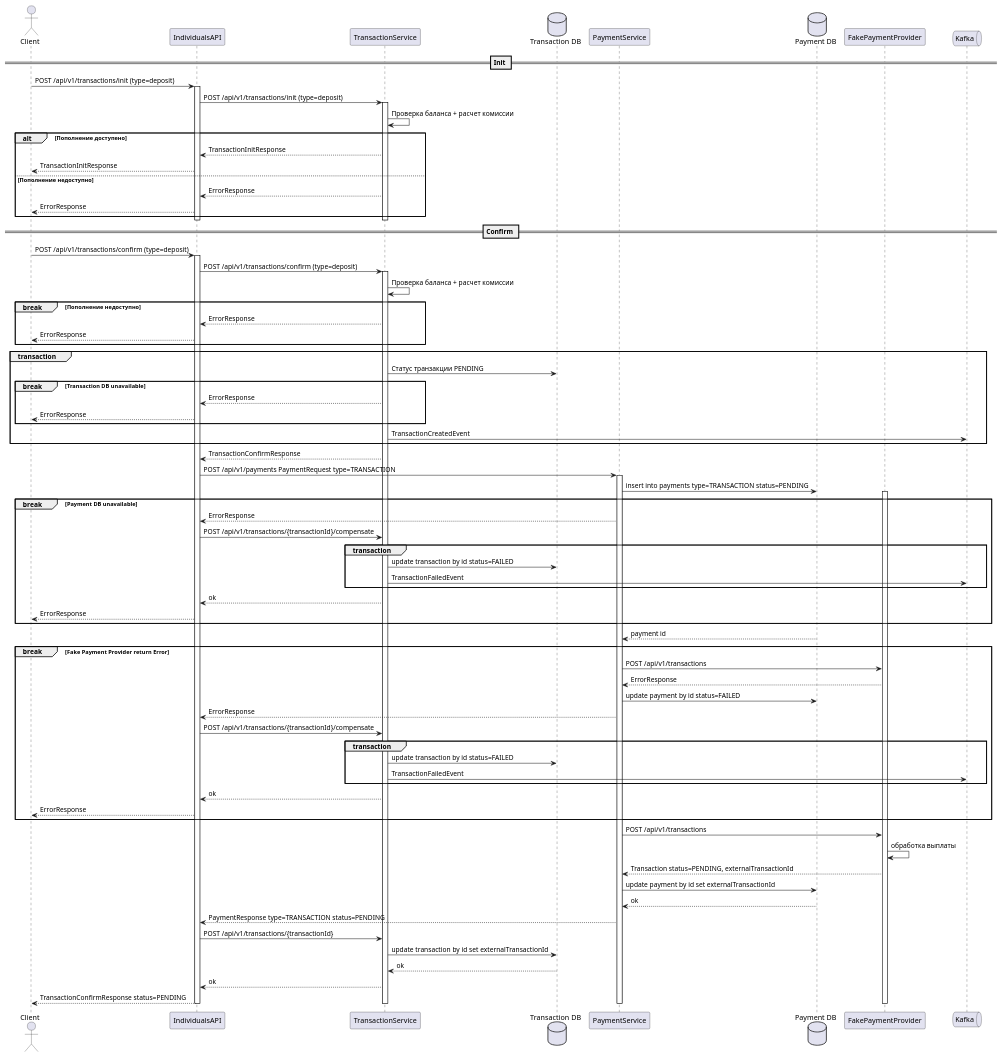
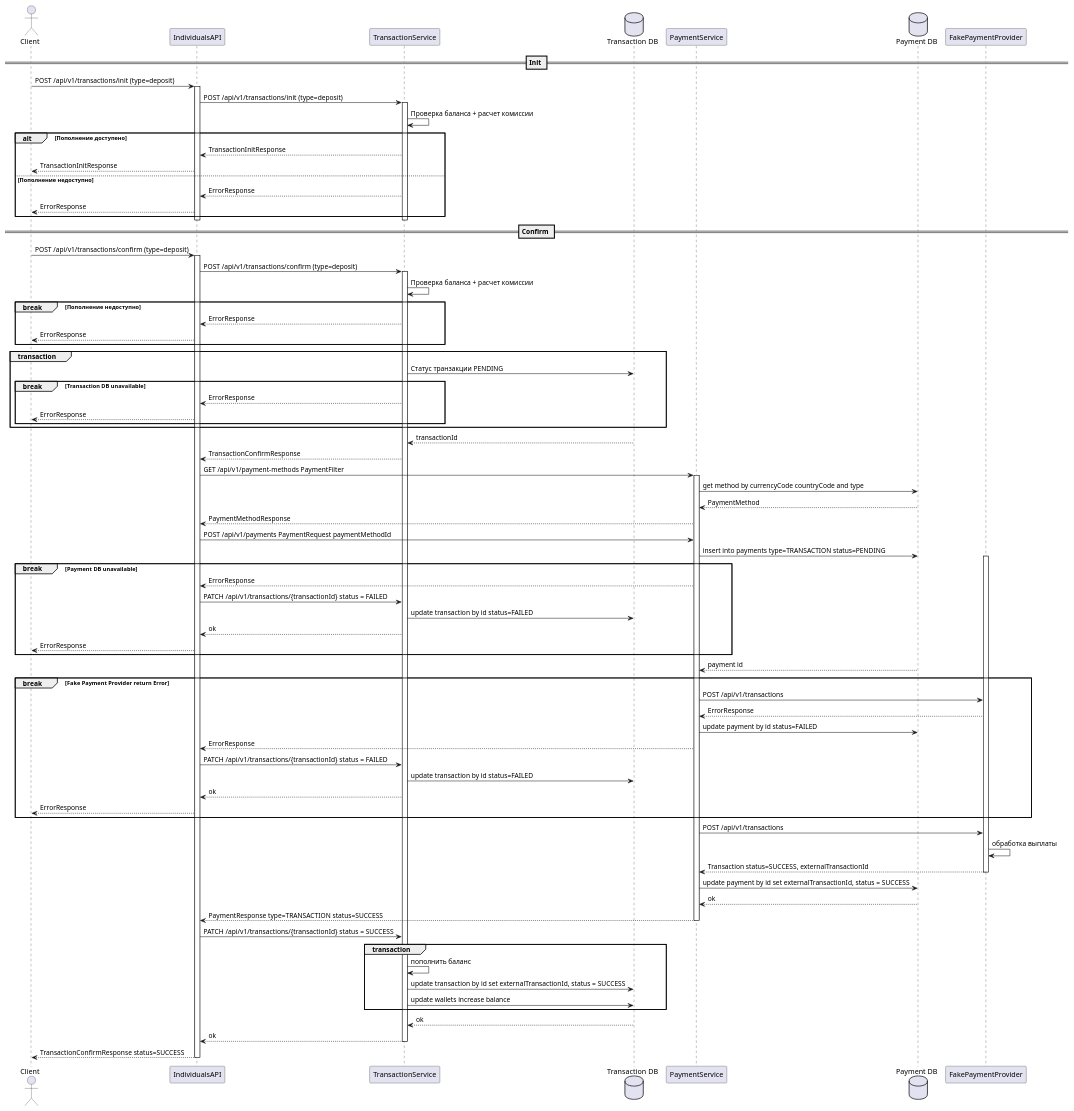
One commit to diamam90/payment-system changed the diagram in diagram/deposit.puml. Above: the diagram before and after it, drawn with PlantUML. The commit also changed 22 other files, not shown here.

Commit message:
Поправил диаграммы и удалил взаимодействие с кафкой

```diff
--- a/diagram/deposit.puml
+++ b/diagram/deposit.puml
@@ -1,96 +1,93 @@
 @startuml
 actor Client
 participant IndividualsAPI
 participant TransactionService
 database tsDb as "Transaction DB"
 participant PaymentService
 database psDb as "Payment DB"
 participant fpp as "FakePaymentProvider"
-
-queue Kafka
 
 == Init ==
 
 Client -> IndividualsAPI: POST /api/v1/transactions/init (type=deposit)
 activate IndividualsAPI
     IndividualsAPI -> TransactionService: POST /api/v1/transactions/init (type=deposit)
     activate TransactionService
         TransactionService -> TransactionService: Проверка баланса + расчет комиссии
         alt Пополнение доступено
             TransactionService --> IndividualsAPI: TransactionInitResponse
             IndividualsAPI --> Client: TransactionInitResponse
         else Пополнение недоступно
             TransactionService --> IndividualsAPI: ErrorResponse
             IndividualsAPI --> Client: ErrorResponse
         end
     deactivate TransactionService
 deactivate IndividualsAPI
 
 == Confirm ==
 
 Client -> IndividualsAPI: POST /api/v1/transactions/confirm (type=deposit)
 activate IndividualsAPI
     IndividualsAPI -> TransactionService: POST /api/v1/transactions/confirm (type=deposit)
     activate TransactionService
         TransactionService -> TransactionService: Проверка баланса + расчет комиссии
         break Пополнение недоступно
             TransactionService --> IndividualsAPI: ErrorResponse
             IndividualsAPI --> Client: ErrorResponse
         end
         group transaction
             TransactionService -> tsDb: Статус транзакции PENDING
                 break Transaction DB unavailable
                     TransactionService --> IndividualsAPI: ErrorResponse
                     IndividualsAPI --> Client: ErrorResponse
                 end
-            TransactionService -> Kafka: TransactionCreatedEvent
         end
+        tsDb --> TransactionService: transactionId
         TransactionService --> IndividualsAPI: TransactionConfirmResponse
-        IndividualsAPI -> PaymentService: POST /api/v1/payments PaymentRequest type=TRANSACTION
+        IndividualsAPI -> PaymentService: GET /api/v1/payment-methods PaymentFilter
         activate PaymentService
+            PaymentService -> psDb: get method by currencyCode countryCode and type
+            psDb --> PaymentService: PaymentMethod
+            PaymentService --> IndividualsAPI: PaymentMethodResponse
+            IndividualsAPI -> PaymentService: POST /api/v1/payments PaymentRequest paymentMethodId
             PaymentService -> psDb: insert into payments type=TRANSACTION status=PENDING
-
-
-                activate fpp
-                    break Payment DB unavailable
-                        PaymentService --> IndividualsAPI: ErrorResponse
-                        IndividualsAPI -> TransactionService: POST /api/v1/transactions/{transactionId}/compensate
-                        group transaction
-                            TransactionService -> tsDb: update transaction by id status=FAILED
-                            TransactionService -> Kafka: TransactionFailedEvent
-                        end
-                        TransactionService --> IndividualsAPI: ok
-                        IndividualsAPI --> Client: ErrorResponse
-                    end
-                    psDb --> PaymentService: payment id
-                    break Fake Payment Provider return Error
-                        PaymentService -> fpp: POST /api/v1/transactions
-                        fpp --> PaymentService: ErrorResponse
-                        PaymentService -> psDb: update payment by id status=FAILED
-                        PaymentService --> IndividualsAPI: ErrorResponse
-                        IndividualsAPI -> TransactionService: POST /api/v1/transactions/{transactionId}/compensate
-                        group transaction
-                            TransactionService -> tsDb: update transaction by id status=FAILED
-                            TransactionService -> Kafka: TransactionFailedEvent
-                        end
-                        TransactionService --> IndividualsAPI: ok
-                        IndividualsAPI --> Client: ErrorResponse
-                    end
-
+            activate fpp
+                break Payment DB unavailable
+                    PaymentService --> IndividualsAPI: ErrorResponse
+                    IndividualsAPI -> TransactionService: PATCH /api/v1/transactions/{transactionId} status = FAILED
+                    TransactionService -> tsDb: update transaction by id status=FAILED
+                    TransactionService --> IndividualsAPI: ok
+                    IndividualsAPI --> Client: ErrorResponse
+                end
+                psDb --> PaymentService: payment id
+                break Fake Payment Provider return Error
                     PaymentService -> fpp: POST /api/v1/transactions
-                    fpp -> fpp: обработка выплаты
-                    fpp --> PaymentService: Transaction status=PENDING, externalTransactionId
-                    PaymentService -> psDb: update payment by id set externalTransactionId
-                    psDb --> PaymentService: ok
-                    PaymentService --> IndividualsAPI: PaymentResponse type=TRANSACTION status=PENDING
-                    IndividualsAPI -> TransactionService: POST /api/v1/transactions/{transactionId}
-                    TransactionService -> tsDb: update transaction by id set externalTransactionId
-                    tsDb --> TransactionService: ok
+                    fpp --> PaymentService: ErrorResponse
+                    PaymentService -> psDb: update payment by id status=FAILED
+                    PaymentService --> IndividualsAPI: ErrorResponse
+                    IndividualsAPI -> TransactionService: PATCH /api/v1/transactions/{transactionId} status = FAILED
+                    TransactionService -> tsDb: update transaction by id status=FAILED
                     TransactionService --> IndividualsAPI: ok
-                    IndividualsAPI --> Client: TransactionConfirmResponse status=PENDING
-                deactivate fpp
+                    IndividualsAPI --> Client: ErrorResponse
+                end
+                PaymentService -> fpp: POST /api/v1/transactions
+                fpp -> fpp: обработка выплаты
+                fpp --> PaymentService: Transaction status=SUCCESS, externalTransactionId
+            deactivate fpp
+            PaymentService -> psDb: update payment by id set externalTransactionId, status = SUCCESS
+            psDb --> PaymentService: ok
+            PaymentService --> IndividualsAPI: PaymentResponse type=TRANSACTION status=SUCCESS
         deactivate PaymentService
+        IndividualsAPI -> TransactionService: PATCH /api/v1/transactions/{transactionId} status = SUCCESS
+        group transaction
+            TransactionService -> TransactionService: пополнить баланс
+            TransactionService -> tsDb: update transaction by id set externalTransactionId, status = SUCCESS
+            TransactionService -> tsDb: update wallets increase balance
+        end
+        tsDb --> TransactionService: ok
+        TransactionService --> IndividualsAPI: ok
     deactivate TransactionService
+    IndividualsAPI --> Client: TransactionConfirmResponse status=SUCCESS
 deactivate IndividualsAPI
 
 @enduml
```
